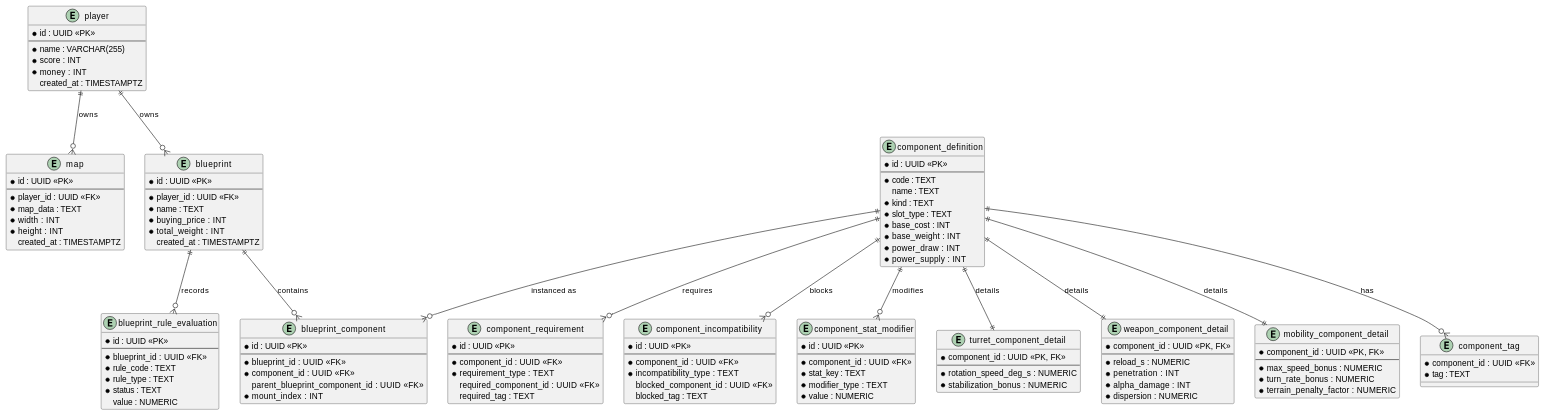
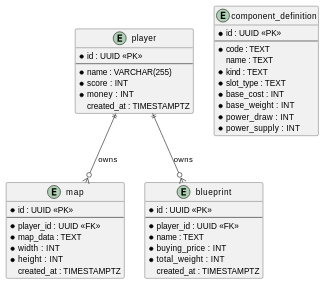
Before and after one commit to anhoppe/tank-wars: the diagram in doc/arc42/08_crosscutting_concepts/08_01_database_layout.md, drawn with PlantUML. The commit also changed other lines of this file and 7 other files, not shown here.

Commit message:
Updated naming of component_definition table

````diff
--- a/doc/arc42/08_crosscutting_concepts/08_01_database_layout.md
+++ b/doc/arc42/08_crosscutting_concepts/08_01_database_layout.md
@@ -61,93 +61,8 @@
   * power_supply : INT
 }
 
-entity component_tag {
-  * component_id : UUID <<FK>>
-  * tag : TEXT
-}
-
-entity component_requirement {
-  * id : UUID <<PK>>
-  --
-  * component_id : UUID <<FK>>
-  * requirement_type : TEXT
-  required_component_id : UUID <<FK>>
-  required_tag : TEXT
-}
-
-entity component_incompatibility {
-  * id : UUID <<PK>>
-  --
-  * component_id : UUID <<FK>>
-  * incompatibility_type : TEXT
-  blocked_component_id : UUID <<FK>>
-  blocked_tag : TEXT
-}
-
-entity component_stat_modifier {
-  * id : UUID <<PK>>
-  --
-  * component_id : UUID <<FK>>
-  * stat_key : TEXT
-  * modifier_type : TEXT
-  * value : NUMERIC
-}
-
-entity turret_component_detail {
-  * component_id : UUID <<PK, FK>>
-  --
-  * rotation_speed_deg_s : NUMERIC
-  * stabilization_bonus : NUMERIC
-}
-
-entity weapon_component_detail {
-  * component_id : UUID <<PK, FK>>
-  --
-  * reload_s : NUMERIC
-  * penetration : INT
-  * alpha_damage : INT
-  * dispersion : NUMERIC
-}
-
-entity mobility_component_detail {
-  * component_id : UUID <<PK, FK>>
-  --
-  * max_speed_bonus : NUMERIC
-  * turn_rate_bonus : NUMERIC
-  * terrain_penalty_factor : NUMERIC
-}
-
-entity blueprint_component {
-  * id : UUID <<PK>>
-  --
-  * blueprint_id : UUID <<FK>>
-  * component_id : UUID <<FK>>
-  parent_blueprint_component_id : UUID <<FK>>
-  * mount_index : INT
-}
-
-entity blueprint_rule_evaluation {
-  * id : UUID <<PK>>
-  --
-  * blueprint_id : UUID <<FK>>
-  * rule_code : TEXT
-  * rule_type : TEXT
-  * status : TEXT
-  value : NUMERIC
-}
-
 player ||--o{ map       : "owns"
 player ||--o{ blueprint : "owns"
-blueprint ||--o{ blueprint_component : "contains"
-component_definition ||--o{ component_tag : "has"
-component_definition ||--o{ component_requirement : "requires"
-component_definition ||--o{ component_incompatibility : "blocks"
-component_definition ||--o{ component_stat_modifier : "modifies"
-component_definition ||--|| turret_component_detail : "details"
-component_definition ||--|| weapon_component_detail : "details"
-component_definition ||--|| mobility_component_detail : "details"
-component_definition ||--o{ blueprint_component : "instanced as"
-blueprint ||--o{ blueprint_rule_evaluation : "records"
 
 @enduml
 ```
````
